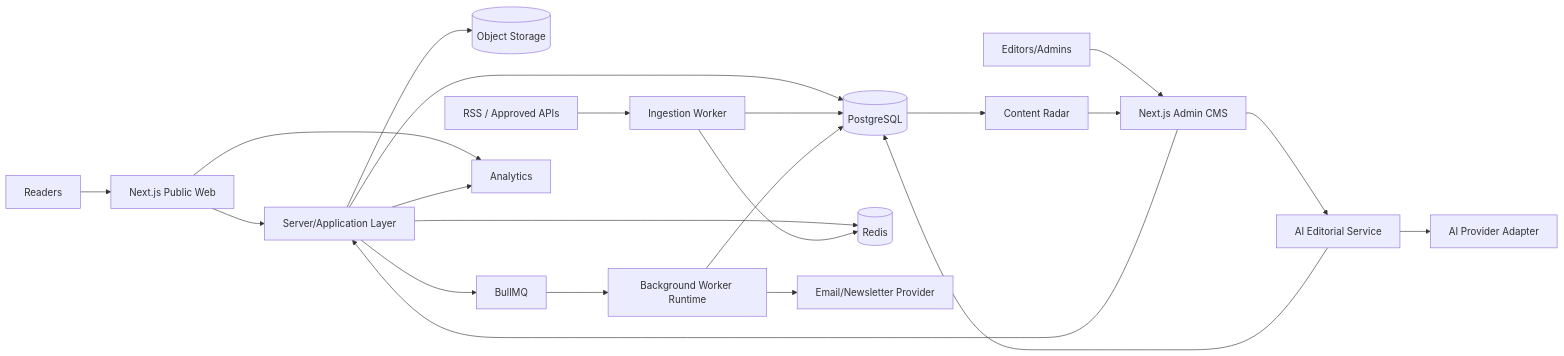
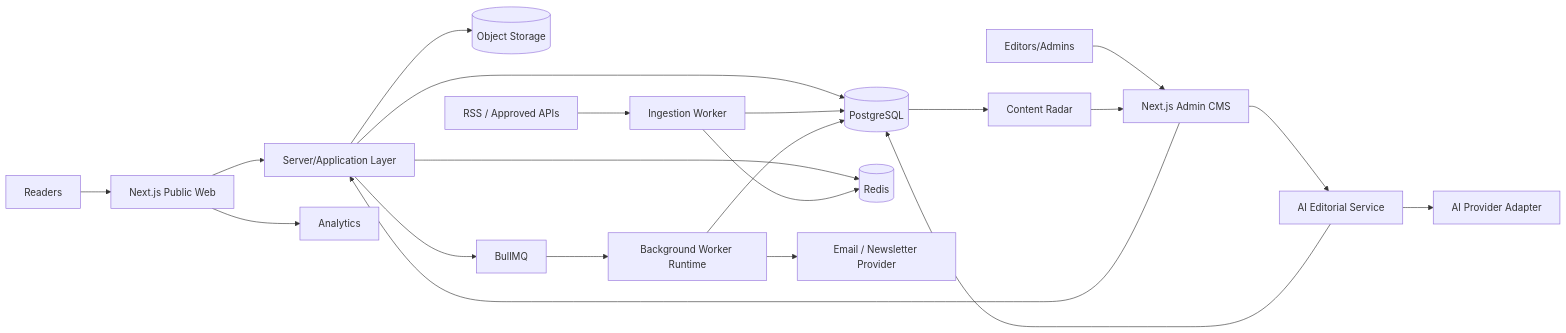
One commit to YounasKhan2/living-journal changed the first of 5 diagrams in docs/ARCHITECTURE.md. Above: the diagram before and after it, drawn with Mermaid. The commit also changed other lines of this file, not shown here.

Commit message:
docs: reflect active Next.js application runtime

````diff
--- a/docs/ARCHITECTURE.md
+++ b/docs/ARCHITECTURE.md
@@ -20,30 +42,28 @@
 ```mermaid
 flowchart LR
   Reader[Readers] --> Web[Next.js Public Web]
   Editor[Editors/Admins] --> CMS[Next.js Admin CMS]
 
   Web --> Server[Server/Application Layer]
   CMS --> Server
-
   Server --> DB[(PostgreSQL)]
   Server --> Storage[(Object Storage)]
-  Server --> Cache[(Redis)]
+  Server --> Redis[(Redis)]
 
-  RSS[RSS / Approved APIs] --> Ingest[Ingestion Worker]
-  Ingest --> Cache
-  Ingest --> DB
+  RSS[RSS / Approved APIs] --> Worker[Ingestion Worker]
+  Worker --> Redis
+  Worker --> DB
   DB --> Radar[Content Radar]
   Radar --> CMS
 
   CMS --> AI[AI Editorial Service]
   AI --> Providers[AI Provider Adapter]
   AI --> DB
 
   Server --> Queue[BullMQ]
-  Queue --> Worker[Background Worker Runtime]
-  Worker --> Email[Email/Newsletter Provider]
-  Worker --> DB
+  Queue --> Jobs[Background Worker Runtime]
+  Jobs --> Email[Email / Newsletter Provider]
+  Jobs --> DB
 
   Web --> Analytics[Analytics]
-  Server --> Analytics
 ```
````
